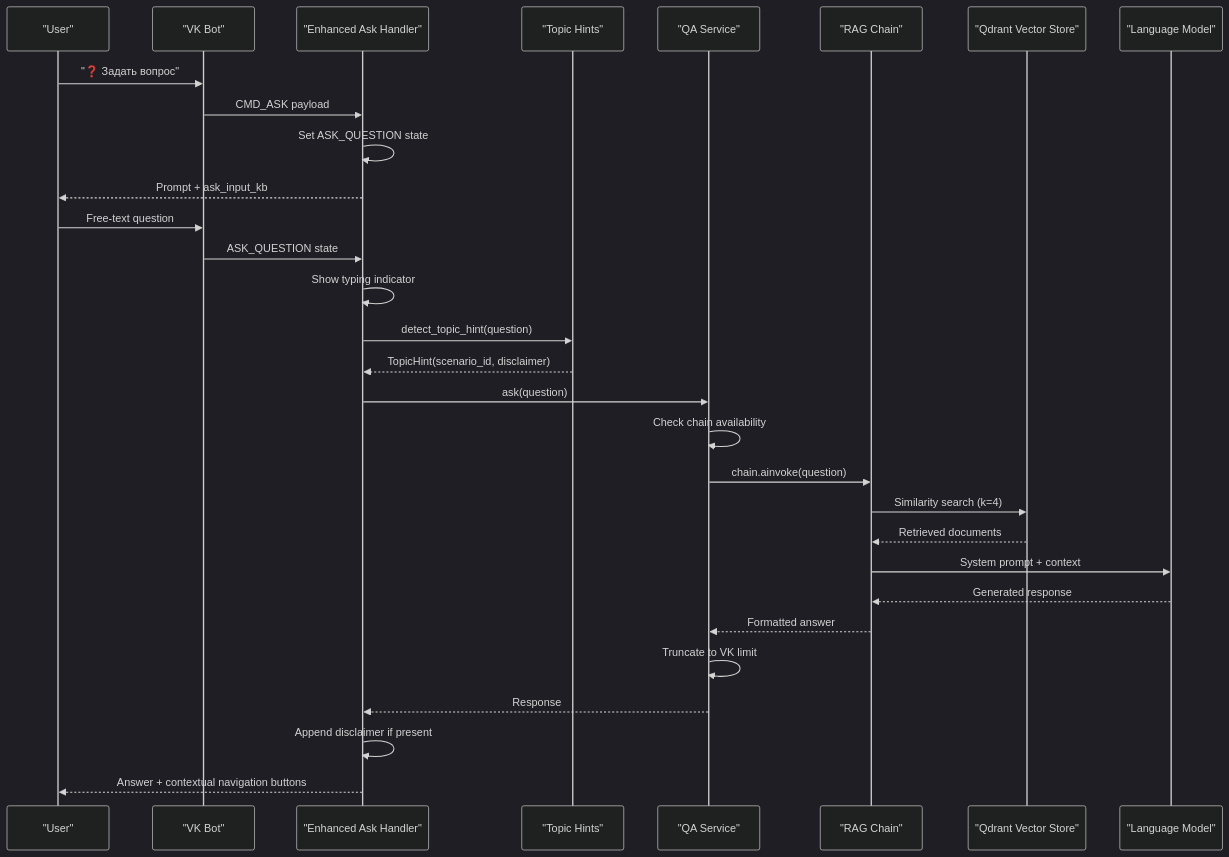
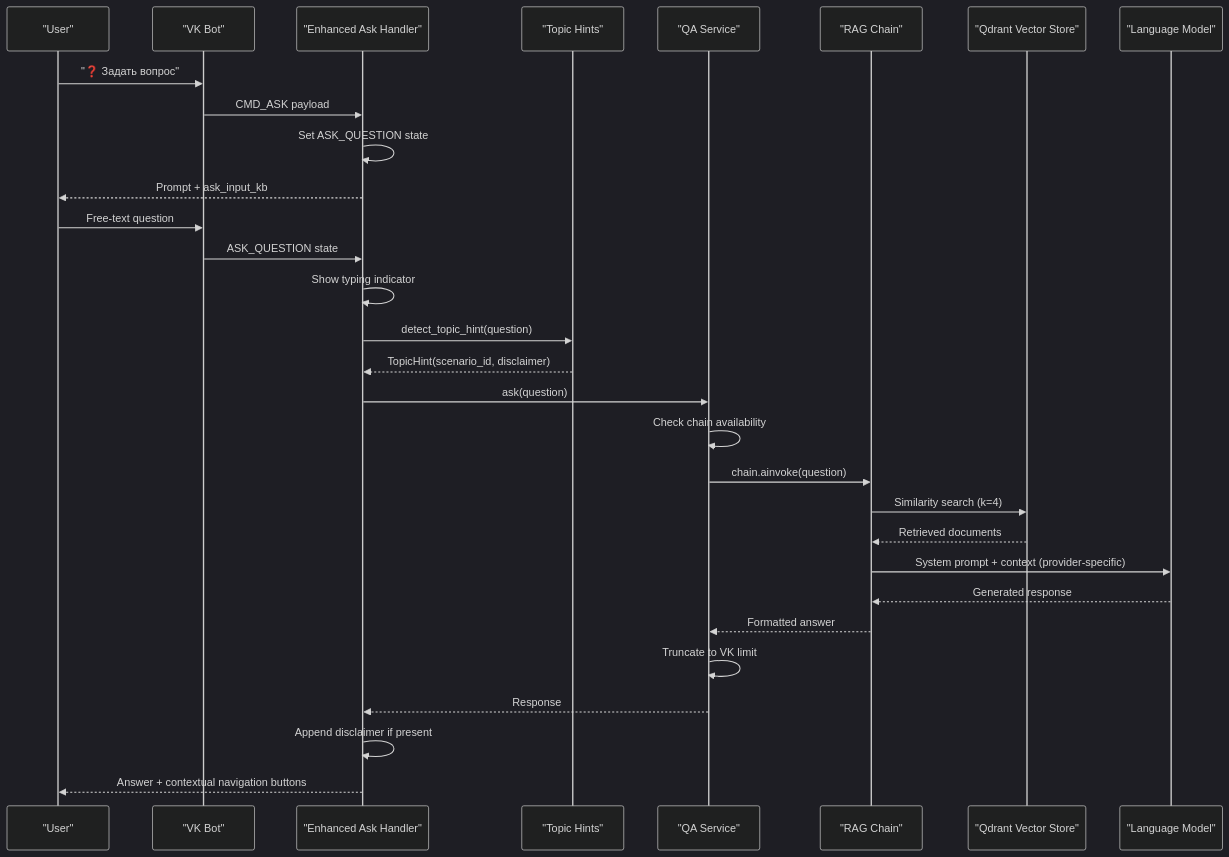
The second of 13 diagrams in .qoder/repowiki/en/content/RAG Integration.md (ognelis/cafetera_hr_bot), drawn with Mermaid (dark theme) before and after one commit. The commit also changed other lines of this file and 13 other files, not shown here.

````diff
--- a/.qoder/repowiki/en/content/RAG Integration.md
+++ b/.qoder/repowiki/en/content/RAG Integration.md
@@ -169,32 +187,32 @@
 ```mermaid
 sequenceDiagram
 participant User as "User"
 participant VKBot as "VK Bot"
 participant AskHandler as "Enhanced Ask Handler"
 participant TopicHints as "Topic Hints"
 participant QAService as "QA Service"
 participant RAGChain as "RAG Chain"
 participant Qdrant as "Qdrant Vector Store"
 participant LLM as "Language Model"
 User->>VKBot : "❓ Задать вопрос"
 VKBot->>AskHandler : CMD_ASK payload
 AskHandler->>AskHandler : Set ASK_QUESTION state
 AskHandler-->>User : Prompt + ask_input_kb
 User->>VKBot : Free-text question
 VKBot->>AskHandler : ASK_QUESTION state
 AskHandler->>AskHandler : Show typing indicator
 AskHandler->>TopicHints : detect_topic_hint(question)
 TopicHints-->>AskHandler : TopicHint(scenario_id, disclaimer)
 AskHandler->>QAService : ask(question)
 QAService->>QAService : Check chain availability
 QAService->>RAGChain : chain.ainvoke(question)
 RAGChain->>Qdrant : Similarity search (k=4)
 Qdrant-->>RAGChain : Retrieved documents
-RAGChain->>LLM : System prompt + context
+RAGChain->>LLM : System prompt + context (provider-specific)
 LLM-->>RAGChain : Generated response
 RAGChain-->>QAService : Formatted answer
 QAService->>QAService : Truncate to VK limit
 QAService-->>AskHandler : Response
 AskHandler->>AskHandler : Append disclaimer if present
 AskHandler-->>User : Answer + contextual navigation buttons
 ```
````
